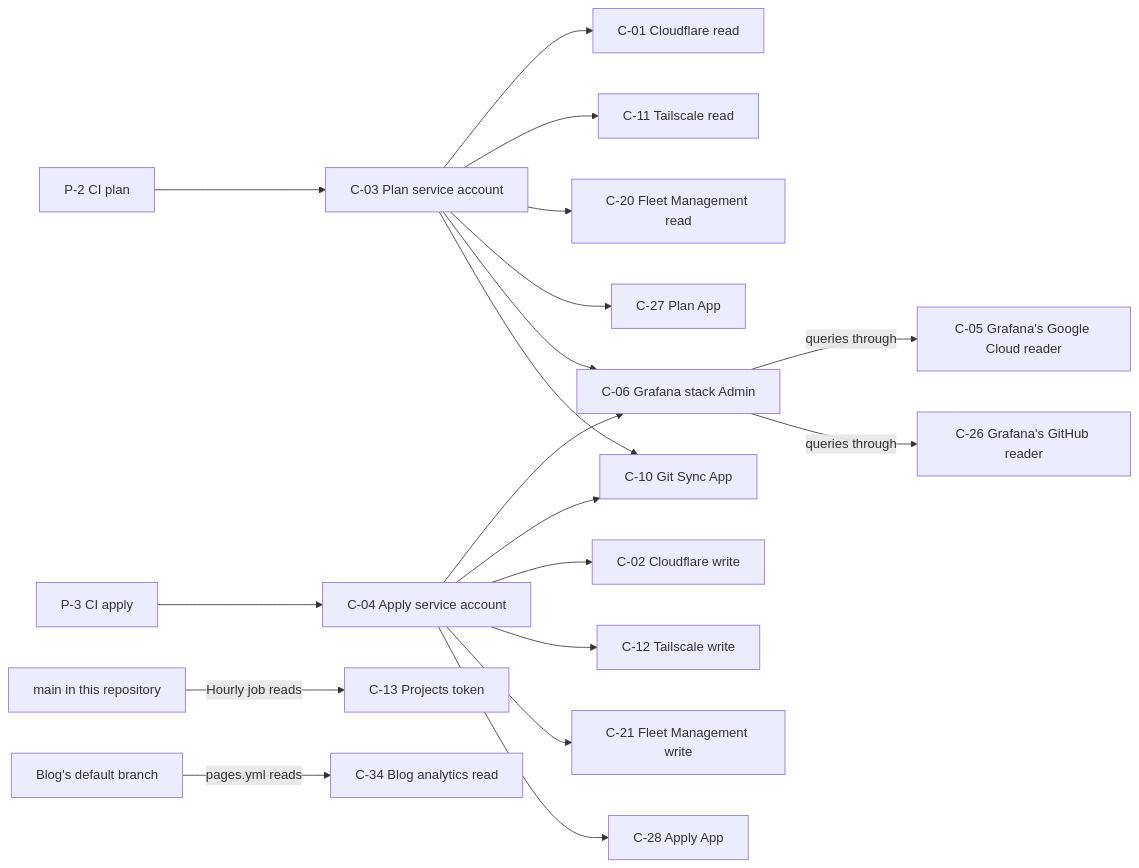
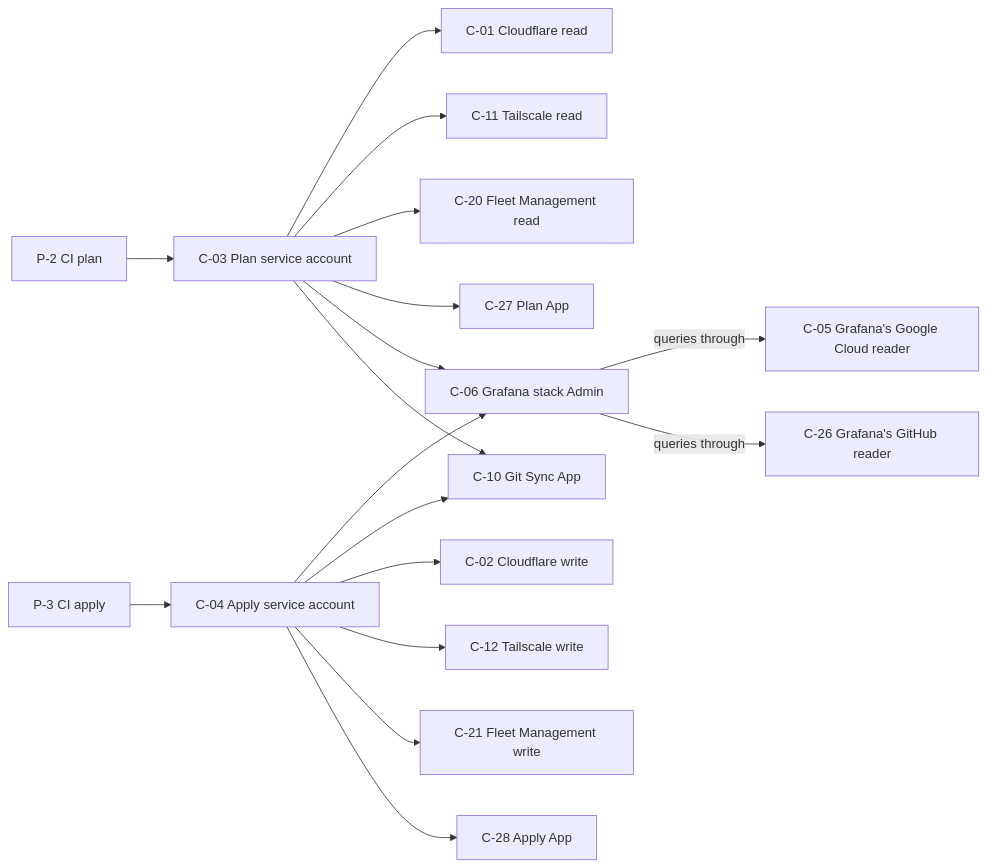
The second of 2 diagrams in docs/explanation/credential-reachability.md (alunduil/alunduil-infrastructure), drawn with Mermaid before and after one commit. The commit also changed other lines of this file and 2 other files, not shown here.

````diff
--- a/docs/explanation/credential-reachability.md
+++ b/docs/explanation/credential-reachability.md
@@ -97,42 +105,36 @@
 ```mermaid
 flowchart LR
   p2["P-2 CI plan"]
   p3["P-3 CI apply"]
   c03["C-03 Plan service account"]
   c04["C-04 Apply service account"]
   c01["C-01 Cloudflare read"]
   c02["C-02 Cloudflare write"]
   c06["C-06 Grafana stack Admin"]
   c10["C-10 Git Sync App"]
   c11["C-11 Tailscale read"]
   c12["C-12 Tailscale write"]
   c20["C-20 Fleet Management read"]
   c21["C-21 Fleet Management write"]
   c27["C-27 Plan App"]
   c28["C-28 Apply App"]
   c05["C-05 Grafana's Google Cloud reader"]
   c26["C-26 Grafana's GitHub reader"]
-  infra["main in this repository"]
-  blog["Blog's default branch"]
-  c13["C-13 Projects token"]
-  c34["C-34 Blog analytics read"]
 
   p2 --> c03
   c03 --> c01
   c03 --> c11
   c03 --> c20
   c03 --> c27
   c03 --> c06
   c03 --> c10
   p3 --> c04
   c04 --> c06
   c04 --> c10
   c04 --> c02
   c04 --> c12
   c04 --> c21
   c04 --> c28
   c06 -->|"queries through"| c05
   c06 -->|"queries through"| c26
-  infra -->|"Hourly job reads"| c13
-  blog -->|"pages.yml reads"| c34
 ```
````
